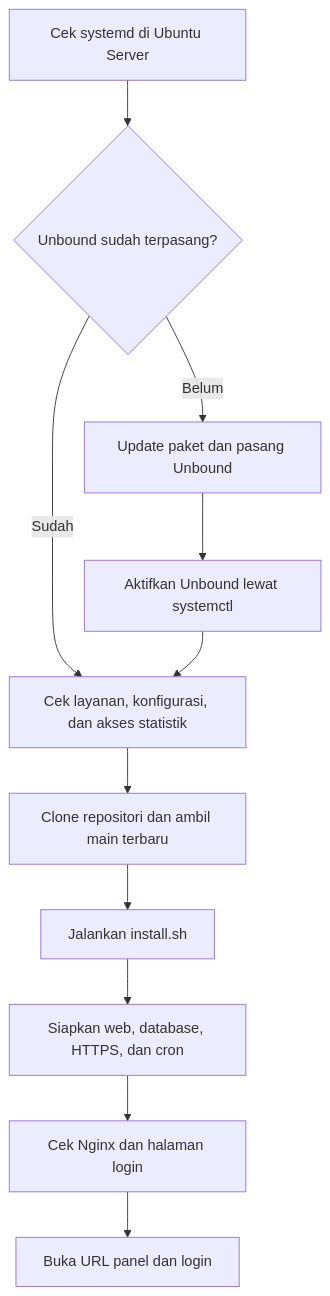
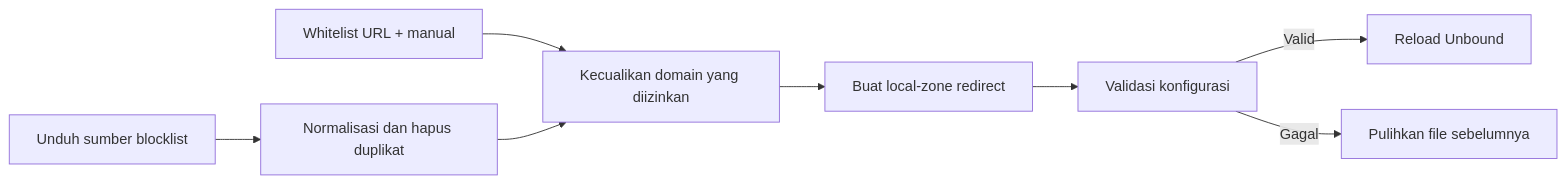
One commit to ekiguistian/Interaktif_Install-Unbound changed the first of 2 diagrams in README.md. Above: the diagram before and after it, drawn with Mermaid. The commit also changed other lines of this file and 20 other files, not shown here.

````diff
--- a/README.md
+++ b/README.md
@@ -95,13 +97,10 @@
 ```mermaid
-flowchart TD
-    A["Cek systemd di Ubuntu Server"] --> B{"Unbound sudah terpasang?"}
-    B -->|Belum| C["Update paket dan pasang Unbound"]
-    C --> D["Aktifkan Unbound lewat systemctl"]
-    B -->|Sudah| E["Cek layanan, konfigurasi, dan akses statistik"]
-    D --> E
-    E --> J["Clone repositori dan ambil main terbaru"]
-    J --> F["Jalankan install.sh"]
-    F --> G["Siapkan web, database, HTTPS, dan cron"]
-    G --> H["Cek Nginx dan halaman login"]
-    H --> I["Buka URL panel dan login"]
+flowchart LR
+    A["Unduh sumber blocklist"] --> B["Normalisasi dan hapus duplikat"]
+    C["Whitelist URL + manual"] --> D["Kecualikan domain yang diizinkan"]
+    B --> D
+    D --> E["Buat local-zone redirect"]
+    E --> F["Validasi konfigurasi"]
+    F -->|Valid| G["Reload Unbound"]
+    F -->|Gagal| H["Pulihkan file sebelumnya"]
 ```
````
